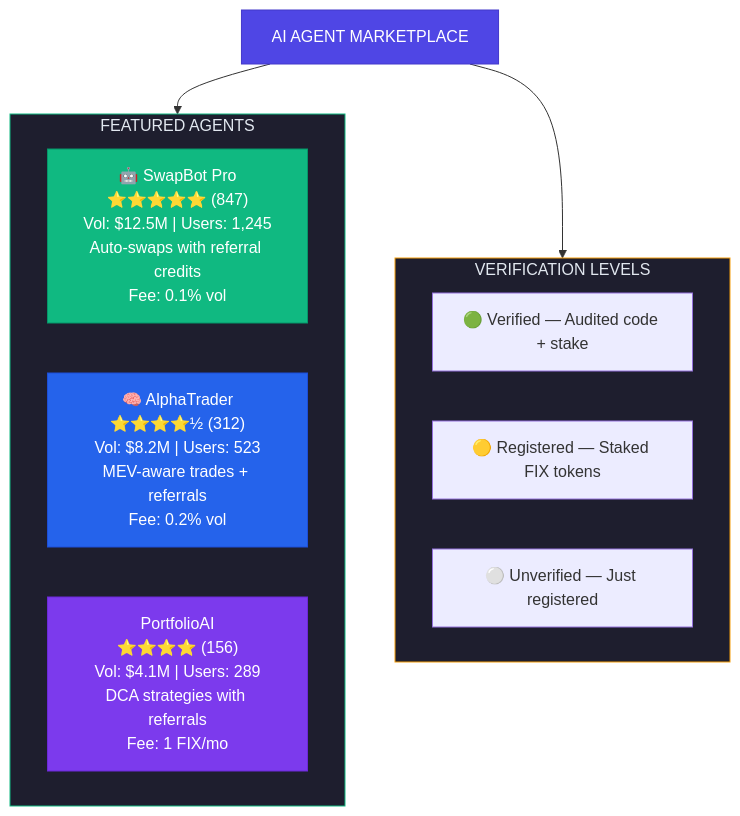
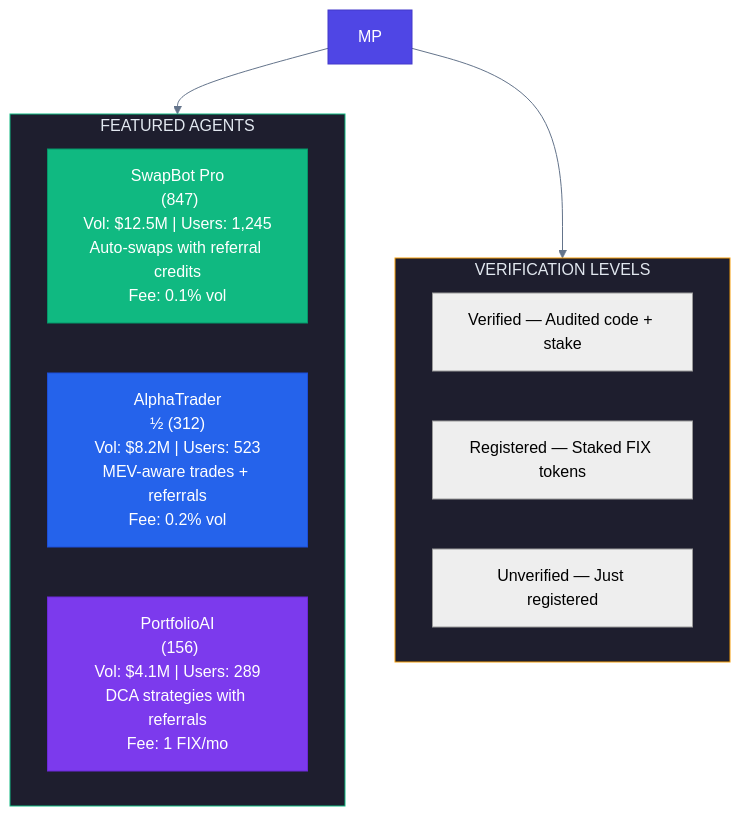
Before and after one commit to guglxni/the-fixer-hook: the sixth of 13 diagrams in docs/ENHANCEMENT_BRAINSTORM.md, drawn with Mermaid. The commit also changed other lines of this file and 514 other files, not shown here.

Commit message:
Clean docs: remove emojis, add professional mermaid styling

````diff
--- a/docs/ENHANCEMENT_BRAINSTORM.md
+++ b/docs/ENHANCEMENT_BRAINSTORM.md
@@ -381,26 +367,23 @@
 ```mermaid
+%%{init: {'theme': 'neutral', 'themeVariables': { 'primaryColor': '#2563eb', 'primaryTextColor': '#1e293b', 'primaryBorderColor': '#3b82f6', 'lineColor': '#64748b', 'secondaryColor': '#f1f5f9', 'tertiaryColor': '#e2e8f0'}}}%%
 flowchart TD
-    MP["AI AGENT MARKETPLACE"]
     MP --> FEATURED
     MP --> VERIFY
-
     subgraph FEATURED["FEATURED AGENTS"]
         direction LR
-        A1["🤖 SwapBot Pro\n⭐⭐⭐⭐⭐ (847)\nVol: $12.5M | Users: 1,245\nAuto-swaps with referral credits\nFee: 0.1% vol"]
-        A2["🧠 AlphaTrader\n⭐⭐⭐⭐½ (312)\nVol: $8.2M | Users: 523\nMEV-aware trades + referrals\nFee: 0.2% vol"]
-        A3["PortfolioAI\n⭐⭐⭐⭐ (156)\nVol: $4.1M | Users: 289\nDCA strategies with referrals\nFee: 1 FIX/mo"]
+        A1[" SwapBot Pro\n (847)\nVol: $12.5M | Users: 1,245\nAuto-swaps with referral credits\nFee: 0.1% vol"]
+        A2[" AlphaTrader\n½ (312)\nVol: $8.2M | Users: 523\nMEV-aware trades + referrals\nFee: 0.2% vol"]
+        A3["PortfolioAI\n (156)\nVol: $4.1M | Users: 289\nDCA strategies with referrals\nFee: 1 FIX/mo"]
     end
-
     subgraph VERIFY["VERIFICATION LEVELS"]
-        V1["🟢 Verified — Audited code + stake"]
-        V2["🟡 Registered — Staked FIX tokens"]
-        V3["⚪ Unverified — Just registered"]
+        V1[" Verified — Audited code + stake"]
+        V2[" Registered — Staked FIX tokens"]
+        V3[" Unverified — Just registered"]
     end
-
     style MP fill:#4F46E5,color:#FFFFFF,stroke:#4338CA
     style FEATURED fill:#1E1E2E,color:#E2E8F0,stroke:#10B981
     style VERIFY fill:#1E1E2E,color:#E2E8F0,stroke:#F59E0B
     style A1 fill:#10B981,color:#FFFFFF,stroke:#059669
     style A2 fill:#2563EB,color:#FFFFFF,stroke:#1D4ED8
     style A3 fill:#7C3AED,color:#FFFFFF,stroke:#6D28D9
 ```
````
